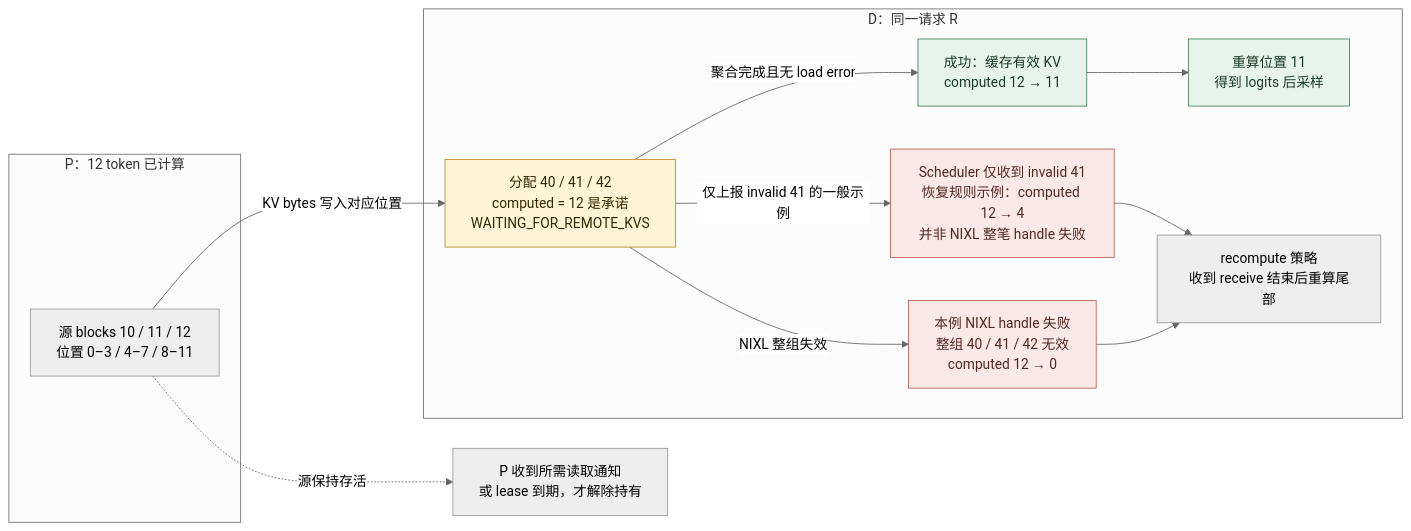
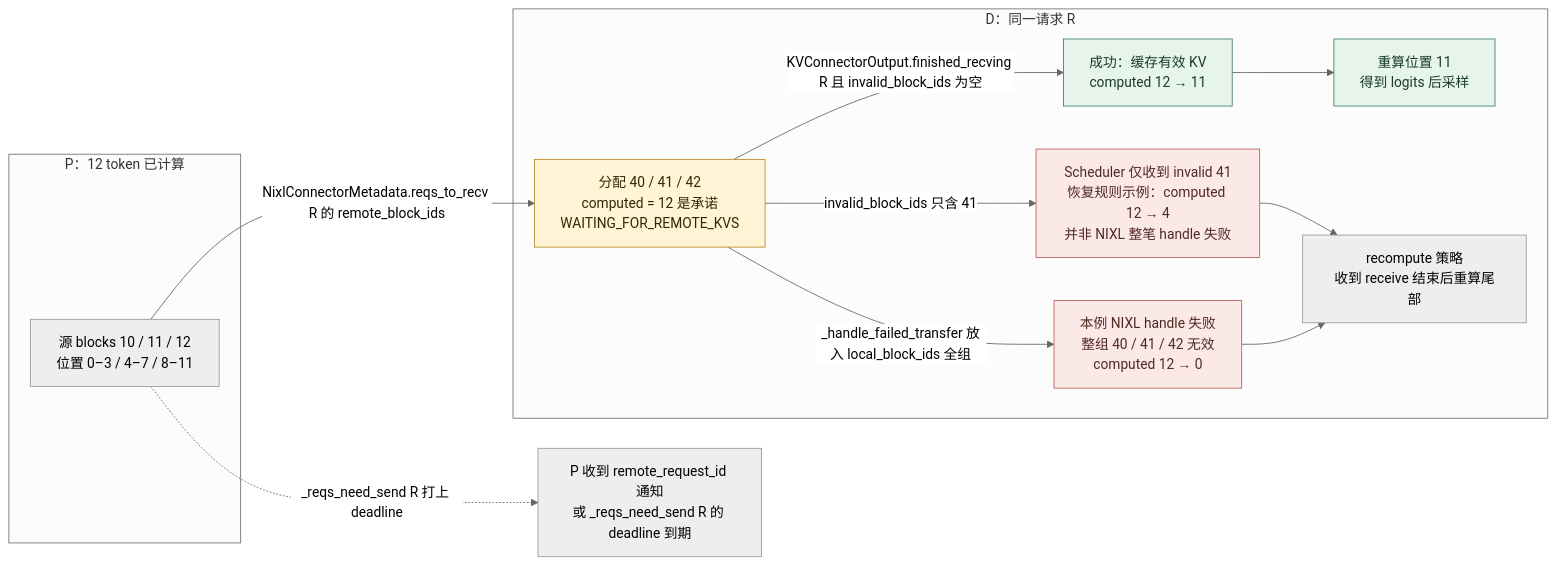
Before and after one commit to suhaibo666/llm-knowledge: the second of 5 diagrams in wiki/02_engineering/03_infer_frameworks/vllm/22_vllm_disaggregated_kv_serving_analysis.md, drawn with Mermaid (neutral theme). The commit also changed other lines of this file and 89 other files, not shown here.

````diff
--- a/wiki/02_engineering/03_infer_frameworks/vllm/22_vllm_disaggregated_kv_serving_analysis.md
+++ b/wiki/02_engineering/03_infer_frameworks/vllm/22_vllm_disaggregated_kv_serving_analysis.md
@@ -66,29 +255,29 @@
 ```mermaid
 flowchart LR
   subgraph P["P：12 token 已计算"]
     S["源 blocks 10 / 11 / 12<br/>位置 0–3 / 4–7 / 8–11"]
   end
   subgraph D["D：同一请求 R"]
     A["分配 40 / 41 / 42<br/>computed = 12 是承诺<br/>WAITING_FOR_REMOTE_KVS"]
     V["成功：缓存有效 KV<br/>computed 12 → 11"]
     C["重算位置 11<br/>得到 logits 后采样"]
     F["Scheduler 仅收到 invalid 41<br/>恢复规则示例：computed 12 → 4<br/>并非 NIXL 整笔 handle 失败"]
     R["recompute 策略<br/>收到 receive 结束后重算尾部"]
   H["本例 NIXL handle 失败<br/>整组 40 / 41 / 42 无效<br/>computed 12 → 0"]
   end
-  S -->|KV bytes 写入对应位置| A
-  A -->|聚合完成且无 load error| V
+  S -->|NixlConnectorMetadata.reqs_to_recv R 的 remote_block_ids| A
+  A -->|KVConnectorOutput.finished_recving R 且 invalid_block_ids 为空| V
   V --> C
-  A -->|仅上报 invalid 41 的一般示例| F
+  A -->|invalid_block_ids 只含 41| F
   F --> R
-  A -->|NIXL 整组失效| H
+  A -->|_handle_failed_transfer 放入 local_block_ids 全组| H
   H --> R
-  N["P 收到所需读取通知<br/>或 lease 到期，才解除持有"]
-  S -.->|源保持存活| N
+  N["P 收到 remote_request_id 通知<br/>或 _reqs_need_send R 的 deadline 到期"]
+  S -.->|_reqs_need_send R 打上 deadline| N
   classDef pending fill:#fff4d6,stroke:#ba8b21,color:#332800;
   classDef ready fill:#e7f4ec,stroke:#43815c,color:#193b27;
   classDef failed fill:#fbe9e7,stroke:#b66057,color:#512923;
   class A pending;
   class V,C ready;
   class F,H failed;
 ```
````
